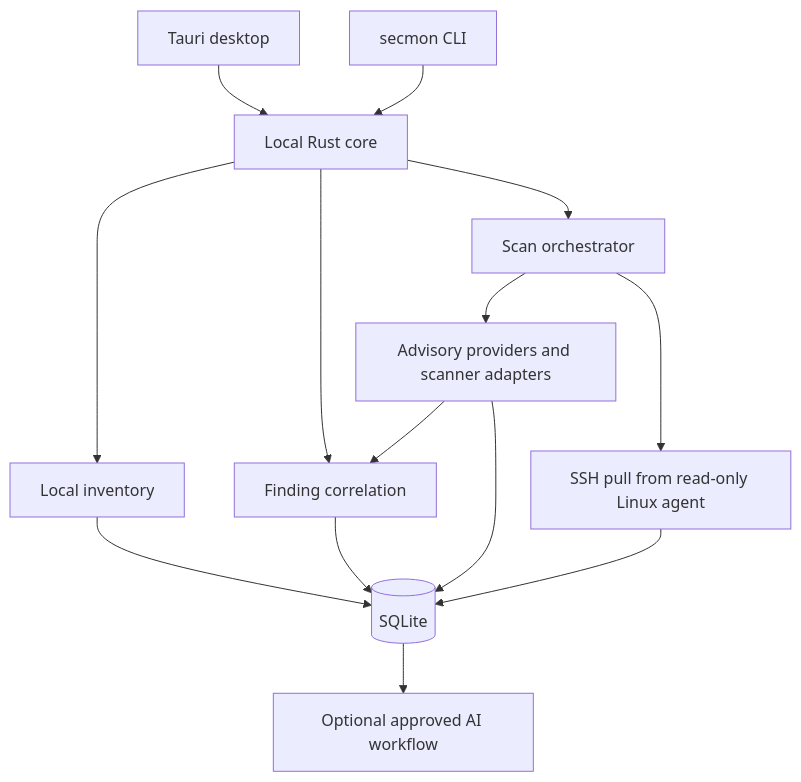
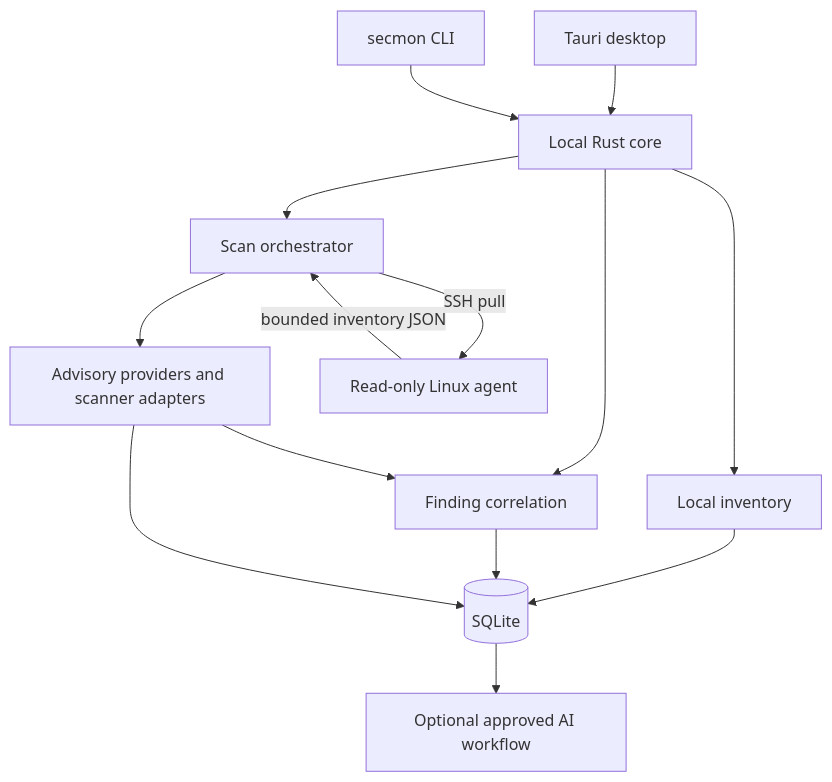
The diagram in docs/architecture.md (umitaltinozzz/security-monitor), drawn with Mermaid before and after one commit. The commit also changed other lines of this file and 38 other files, not shown here.

Commit message:
feat(agent): add Linux SSH inventory collection

````diff
--- a/docs/architecture.md
+++ b/docs/architecture.md
@@ -16,16 +22,16 @@
 ```mermaid
 flowchart TD
   Desktop[Tauri desktop] --> Core[Local Rust core]
   CLI[secmon CLI] --> Core
   Core --> Inventory[Local inventory]
   Core --> Orchestrator[Scan orchestrator]
   Core --> Correlation[Finding correlation]
   Inventory --> DB[(SQLite)]
   Orchestrator --> Providers[Advisory providers and scanner adapters]
   Providers --> Correlation
   Correlation --> DB
-  Orchestrator --> Agent[SSH pull from read-only Linux agent]
+  Orchestrator -->|SSH pull| Agent[Read-only Linux agent]
+  Agent -->|bounded inventory JSON| Orchestrator
   Providers --> DB
-  Agent --> DB
   DB --> AI[Optional approved AI workflow]
 ```
````
